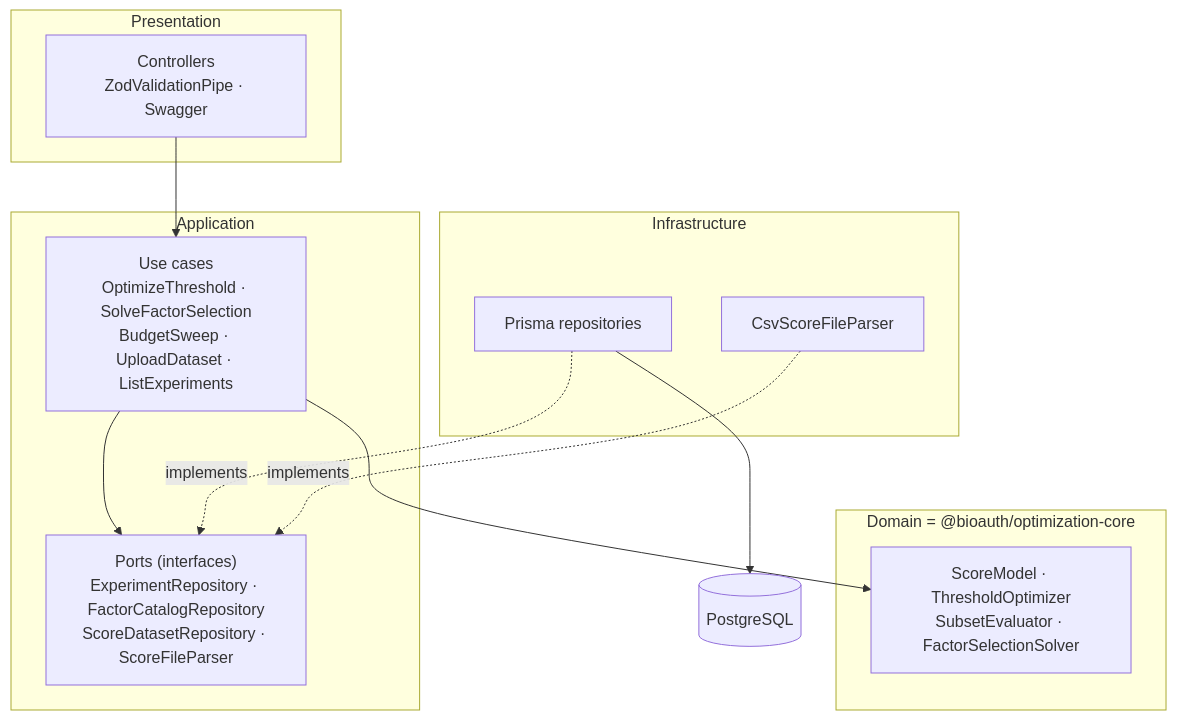
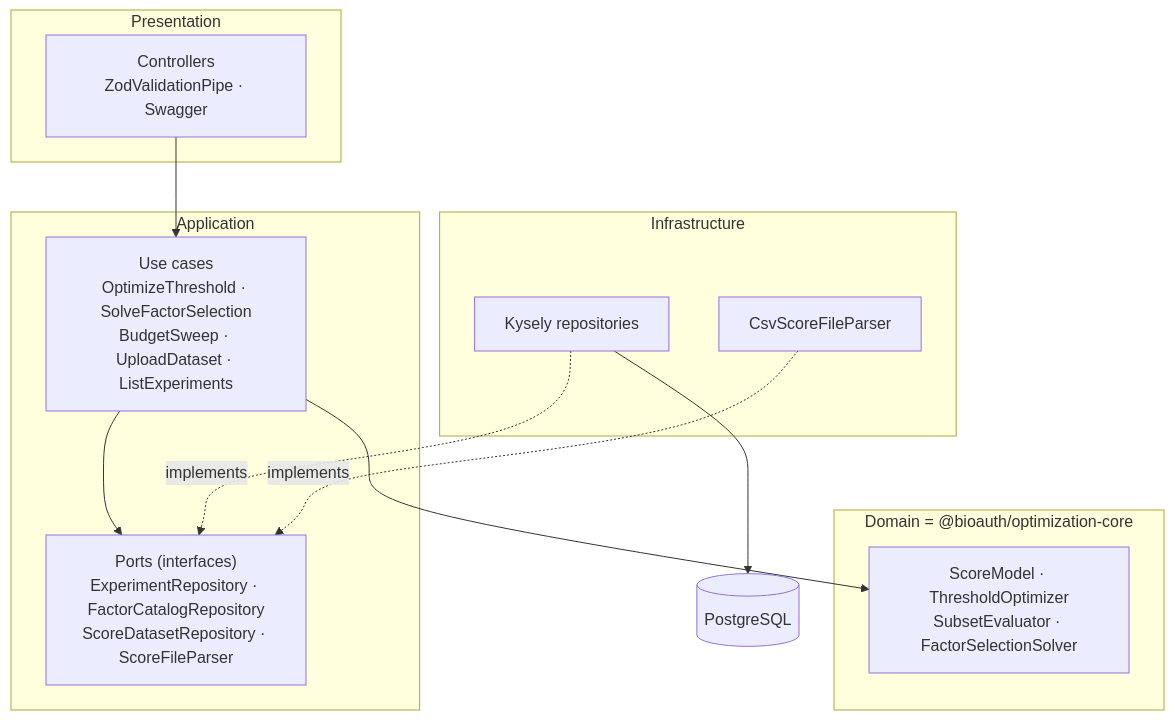
The fifth of 9 diagrams in docs/03-architecture.md (DcNi3L/bioauth-optimizer), drawn with Mermaid before and after one commit. The commit also changed other lines of this file and 83 other files, not shown here.

````diff
--- a/docs/03-architecture.md
+++ b/docs/03-architecture.md
@@ -193,23 +193,23 @@
 ```mermaid
 flowchart TB
   subgraph P["Presentation"]
     C["Controllers<br/>ZodValidationPipe · Swagger"]
   end
   subgraph A["Application"]
     UC["Use cases<br/>OptimizeThreshold · SolveFactorSelection<br/>BudgetSweep · UploadDataset · ListExperiments"]
     PORTS["Ports (interfaces)<br/>ExperimentRepository · FactorCatalogRepository<br/>ScoreDatasetRepository · ScoreFileParser"]
   end
   subgraph D["Domain = @bioauth/optimization-core"]
     CORE["ScoreModel · ThresholdOptimizer<br/>SubsetEvaluator · FactorSelectionSolver"]
   end
   subgraph I["Infrastructure"]
-    REPO["Prisma repositories"]
+    REPO["Kysely repositories"]
     CSV["CsvScoreFileParser"]
   end
   C --> UC
   UC --> CORE
   UC --> PORTS
   REPO -.implements.-> PORTS
   CSV -.implements.-> PORTS
   REPO --> DB[(PostgreSQL)]
 ```
````
